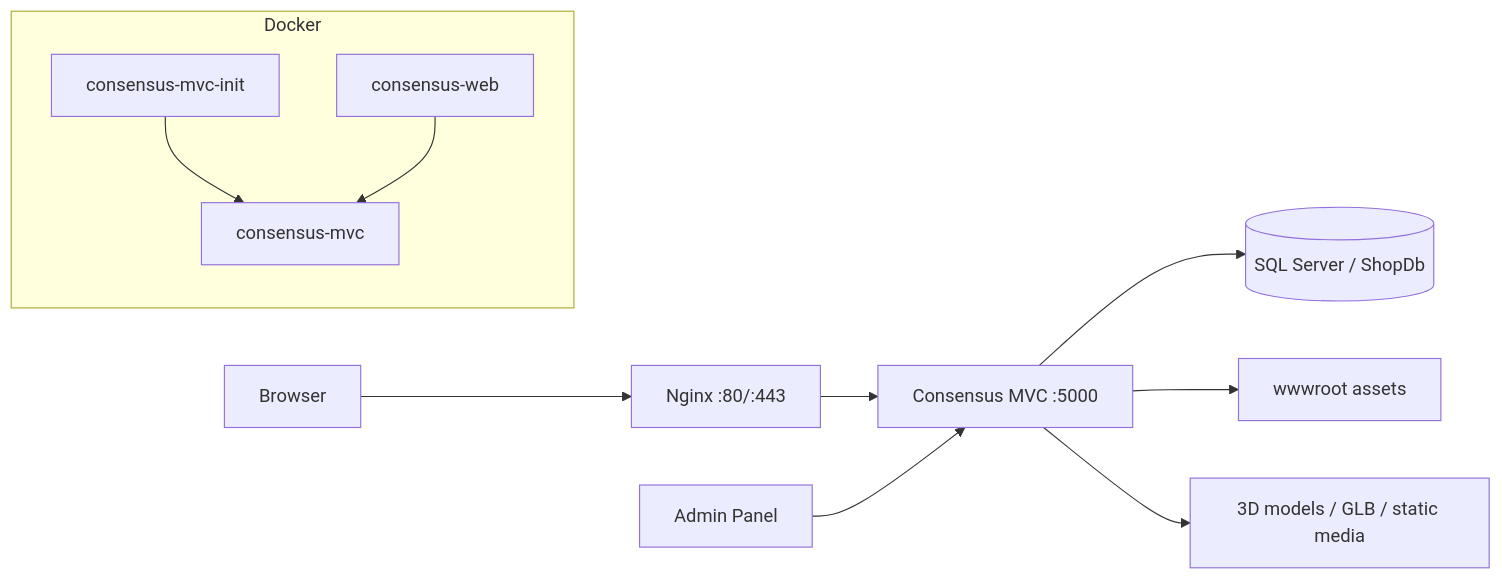
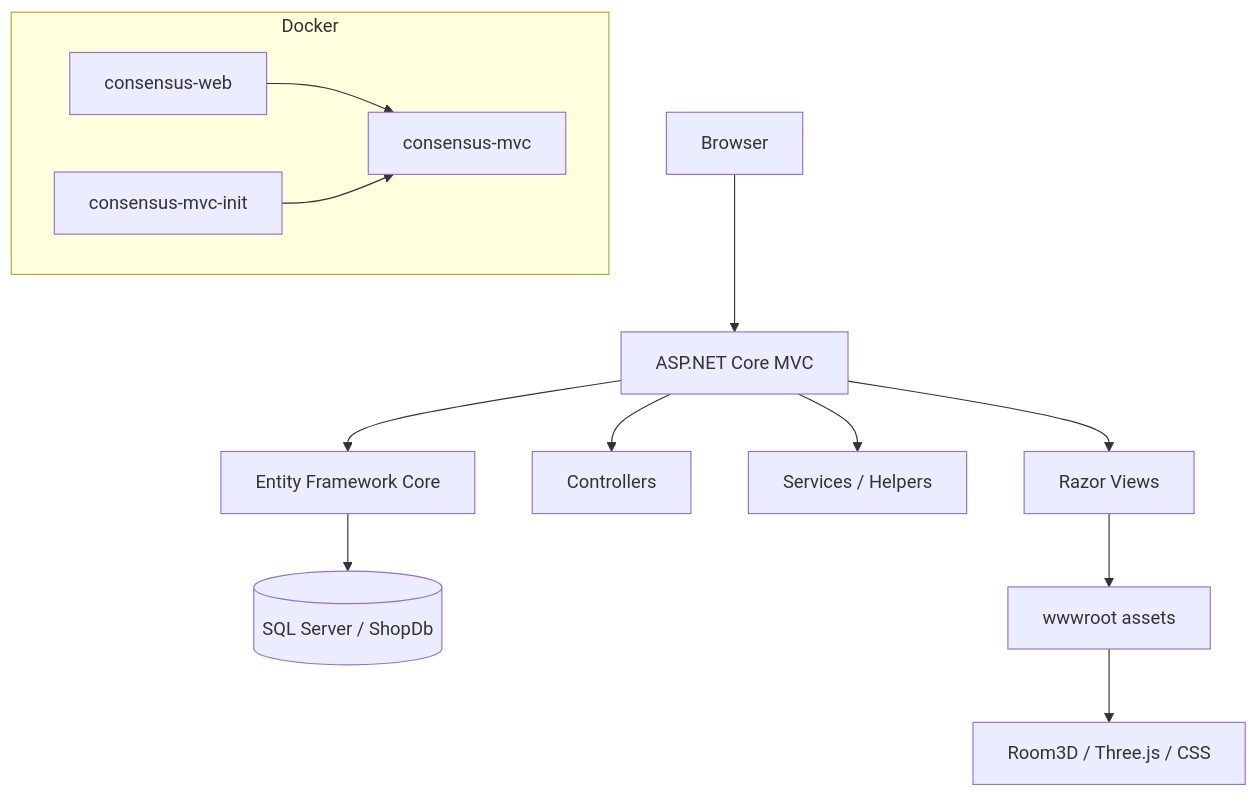
One commit to dinhkhaidev/consensus-ecommerce-mvc changed the second of 2 diagrams in README.md. Above: the diagram before and after it, drawn with Mermaid. The commit also changed other lines of this file and 11 other files, not shown here.

````diff
--- a/README.md
+++ b/README.md
@@ -134,18 +183,20 @@
 ```mermaid
-flowchart LR
-    Browser["Browser"] --> Nginx["Nginx :80/:443"]
-    Nginx --> App["Consensus MVC :5000"]
-    App --> SQL[("SQL Server / ShopDb")]
-    App --> Assets["wwwroot assets"]
-    App --> Models["3D models / GLB / static media"]
-    Admin["Admin Panel"] --> App
+flowchart TB
+    Browser[Browser] --> MVC[ASP.NET Core MVC]
+    MVC --> Views[Razor Views]
+    MVC --> Controllers[Controllers]
+    MVC --> Services[Services / Helpers]
+    MVC --> EF[Entity Framework Core]
+    EF --> SQL[(SQL Server / ShopDb)]
+    Views --> Assets[wwwroot assets]
+    Assets --> Room3D[Room3D / Three.js / CSS]
 
     subgraph Docker
-      Web["consensus-web"]
-      Db["consensus-mvc"]
-      Init["consensus-mvc-init"]
+      Web[consensus-web]
+      Db[consensus-mvc]
+      Init[consensus-mvc-init]
     end
 
+    Web --> Db
     Init --> Db
-    Web --> Db
 ```
````
